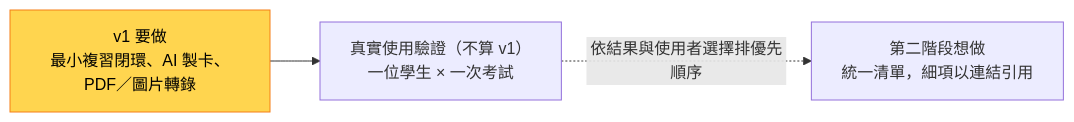
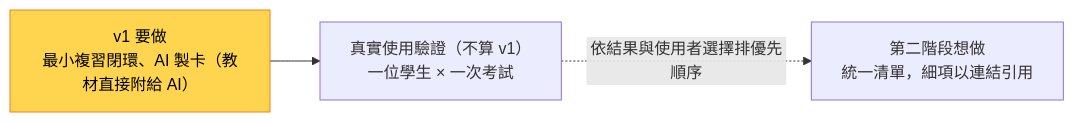
One commit to kuohappiness/Essence changed the diagram in docs/roadmap.md. Above: the diagram before and after it, drawn with Mermaid. The commit also changed other lines of this file and 8 other files, not shown here.

````diff
--- a/docs/roadmap.md
+++ b/docs/roadmap.md
@@ -32,6 +32,6 @@
 ```mermaid
 flowchart LR
-  A["v1 要做<br/>最小複習閉環、AI 製卡、PDF／圖片轉錄"]:::now --> B["真實使用驗證（不算 v1）<br/>一位學生 × 一次考試"]
+  A["v1 要做<br/>最小複習閉環、AI 製卡（教材直接附給 AI）"]:::now --> B["真實使用驗證（不算 v1）<br/>一位學生 × 一次考試"]
   B -.->|依結果與使用者選擇排優先順序| C["第二階段想做<br/>統一清單，細項以連結引用"]
   classDef now fill:#ffd54f,stroke:#f57f17,color:#000
 ```
````
